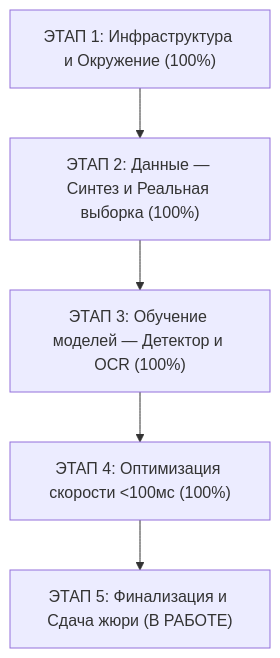
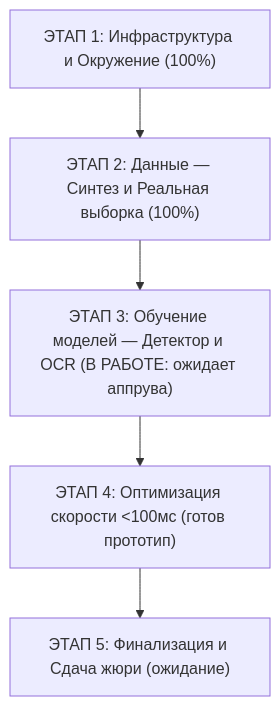
Before and after one commit to Vamsilver/OmniPlate-RU: the diagram in MASTER_PLAN.md, drawn with Mermaid.

Commit message:
docs: keep Stage 3 active awaiting explicit user approval

````diff
--- a/MASTER_PLAN.md
+++ b/MASTER_PLAN.md
@@ -9,7 +9,7 @@
 ```mermaid
 flowchart TD
     S1["ЭТАП 1: Инфраструктура и Окружение (100%)"] --> S2["ЭТАП 2: Данные — Синтез и Реальная выборка (100%)"]
-    S2 --> S3["ЭТАП 3: Обучение моделей — Детектор и OCR (100%)"]
-    S3 --> S4["ЭТАП 4: Оптимизация скорости <100мс (100%)"]
-    S4 --> S5["ЭТАП 5: Финализация и Сдача жюри (В РАБОТЕ)"]
+    S2 --> S3["ЭТАП 3: Обучение моделей — Детектор и OCR (В РАБОТЕ: ожидает аппрува)"]
+    S3 --> S4["ЭТАП 4: Оптимизация скорости <100мс (готов прототип)"]
+    S4 --> S5["ЭТАП 5: Финализация и Сдача жюри (ожидание)"]
 ```
````
